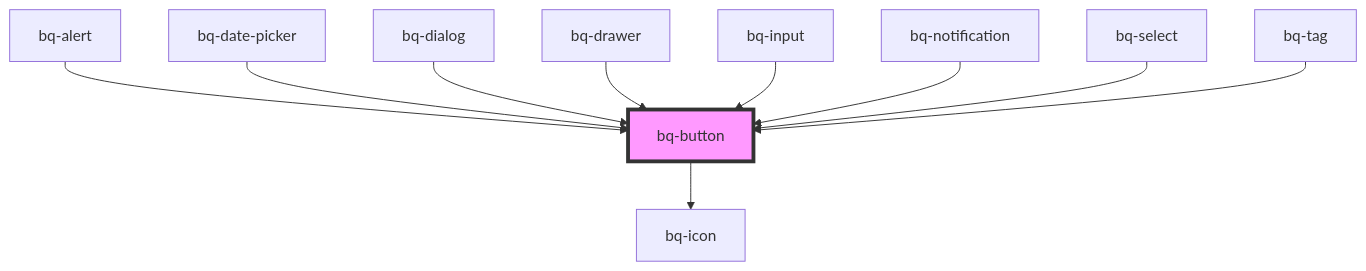
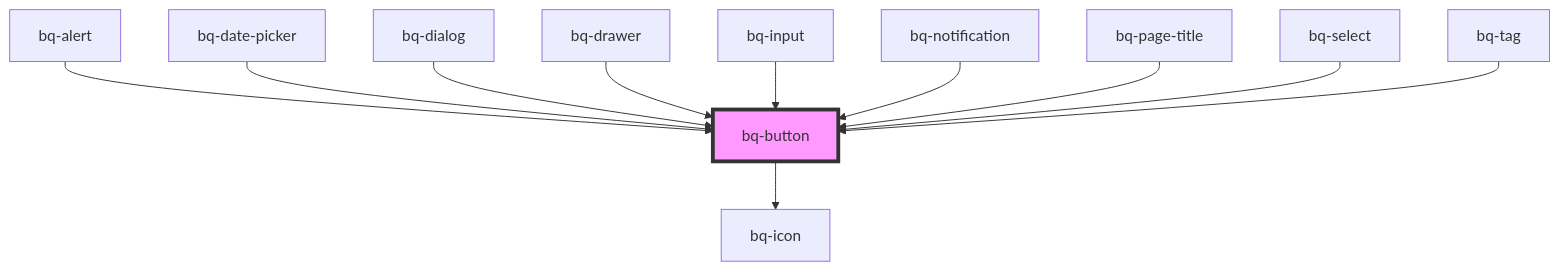
One commit to Endava/BEEQ changed the diagram in packages/beeq/src/components/button/readme.md. Above: the diagram before and after it, drawn with Mermaid. The commit also changed other lines of this file and 6 other files, not shown here.

````diff
--- a/packages/beeq/src/components/button/readme.md
+++ b/packages/beeq/src/components/button/readme.md
@@ -67,13 +68,14 @@
 ```mermaid
 graph TD;
   bq-button --> bq-icon
   bq-alert --> bq-button
   bq-date-picker --> bq-button
   bq-dialog --> bq-button
   bq-drawer --> bq-button
   bq-input --> bq-button
   bq-notification --> bq-button
+  bq-page-title --> bq-button
   bq-select --> bq-button
   bq-tag --> bq-button
   style bq-button fill:#f9f,stroke:#333,stroke-width:4px
 ```
````
